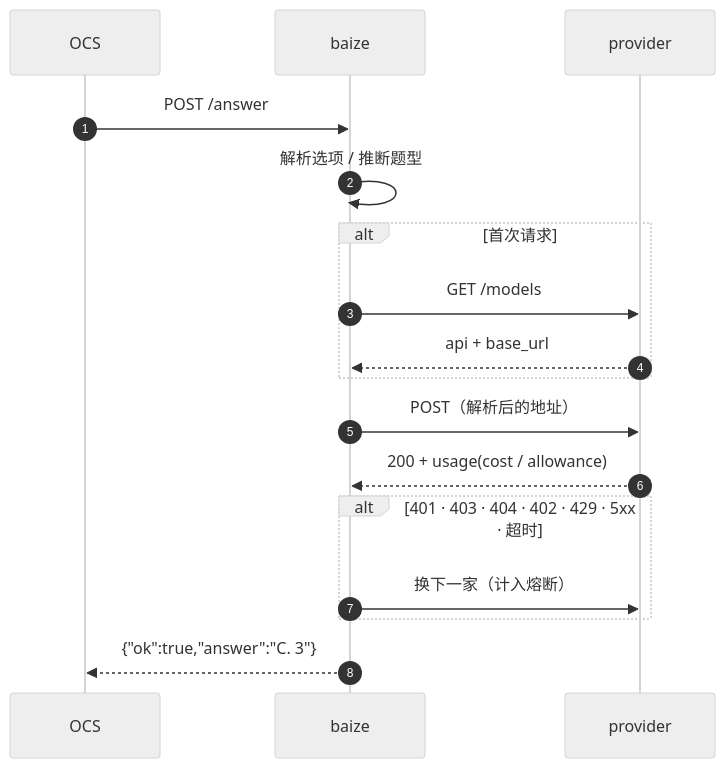
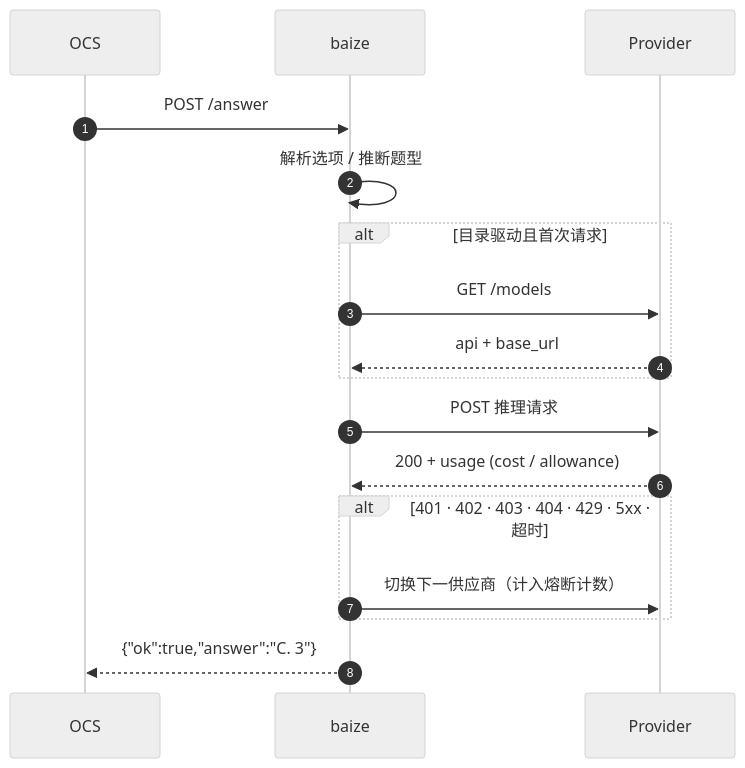
The second of 2 diagrams in README.md (Ghost-king-gk/baize), drawn with Mermaid (neutral theme) before and after one commit. The commit also changed other lines of this file, not shown here.

````diff
--- a/README.md
+++ b/README.md
@@ -198,20 +176,20 @@
 ```mermaid
 sequenceDiagram
     autonumber
     participant O as OCS
     participant B as baize
-    participant P as provider
+    participant P as Provider
 
     O->>B: POST /answer
     B->>B: 解析选项 / 推断题型
-    alt 首次请求
+    alt 目录驱动且首次请求
         B->>P: GET /models
         P-->>B: api + base_url
     end
-    B->>P: POST（解析后的地址）
-    P-->>B: 200 + usage(cost / allowance)
-    alt 401 · 403 · 404 · 402 · 429 · 5xx · 超时
-        B->>P: 换下一家（计入熔断）
+    B->>P: POST 推理请求
+    P-->>B: 200 + usage (cost / allowance)
+    alt 401 · 402 · 403 · 404 · 429 · 5xx · 超时
+        B->>P: 切换下一供应商（计入熔断计数）
     end
     B-->>O: {"ok":true,"answer":"C. 3"}
 ```
````
